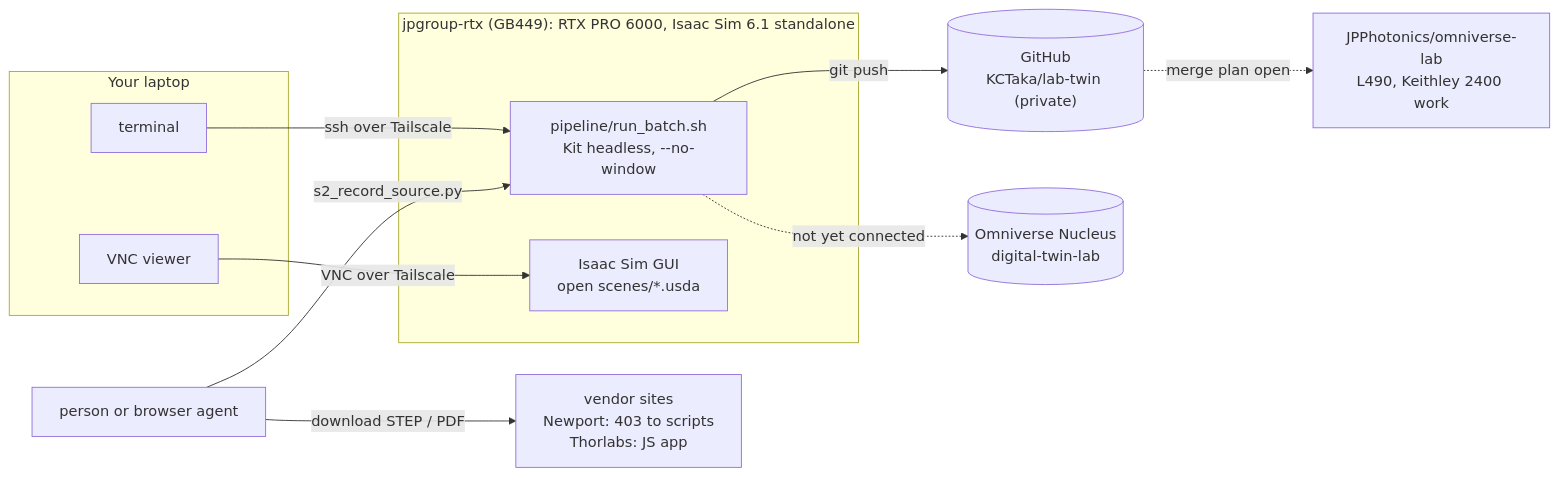
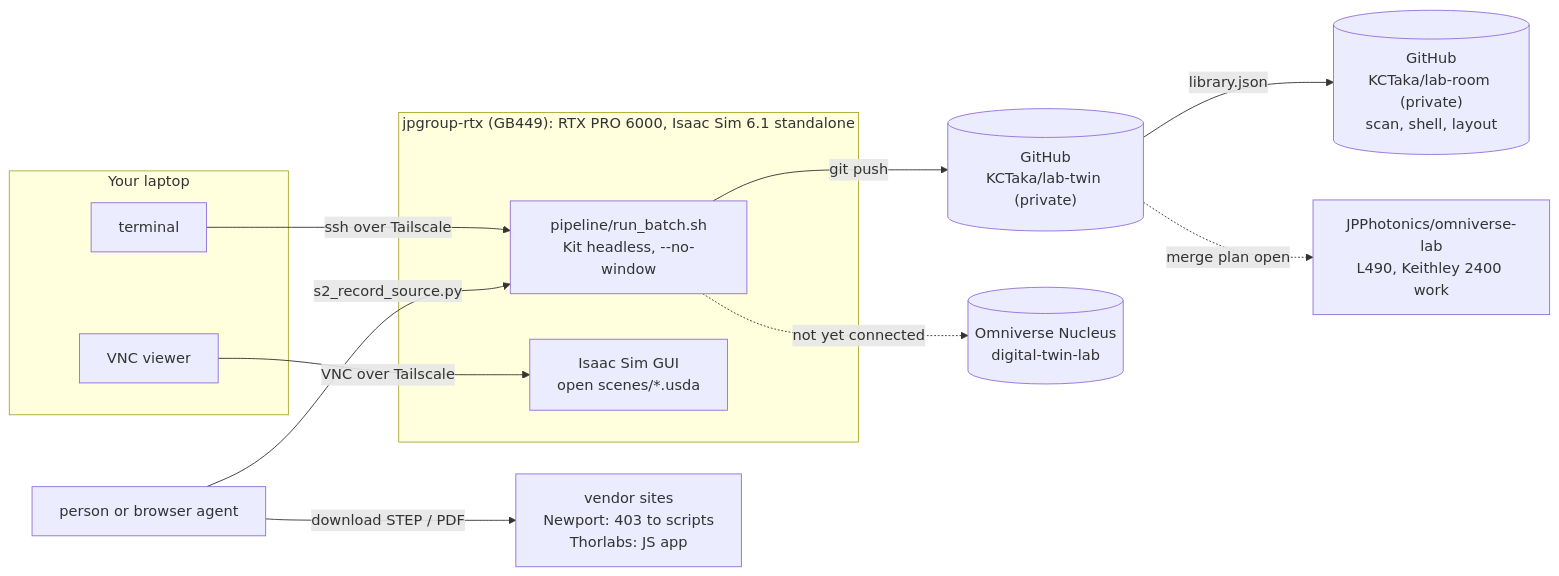
One commit to KCTaka/lab-twin changed the eighth of 9 diagrams in docs/ARCHITECTURE.md. Above: the diagram before and after it, drawn with Mermaid. The commit also changed other lines of this file and 10 other files, not shown here.

````diff
--- a/docs/ARCHITECTURE.md
+++ b/docs/ARCHITECTURE.md
@@ -222,18 +222,19 @@
 ```mermaid
 flowchart LR
     subgraph laptop["Your laptop"]
         term["terminal"]
         vnc["VNC viewer"]
     end
     subgraph rtx["jpgroup-rtx (GB449): RTX PRO 6000, Isaac Sim 6.1 standalone"]
         batch["pipeline/run_batch.sh<br/>Kit headless, --no-window"]
         gui["Isaac Sim GUI<br/>open scenes/*.usda"]
     end
     term -->|"ssh over Tailscale"| batch
     vnc -->|"VNC over Tailscale"| gui
     person["person or browser agent"] -->|"download STEP / PDF"| vendors["vendor sites<br/>Newport: 403 to scripts<br/>Thorlabs: JS app"]
     person -->|"s2_record_source.py"| batch
     batch -->|"git push"| gh[("GitHub<br/>KCTaka/lab-twin (private)")]
     batch -.->|"not yet connected"| nucleus[("Omniverse Nucleus<br/>digital-twin-lab")]
+    gh -->|"library.json"| lr[("GitHub<br/>KCTaka/lab-room (private)<br/>scan, shell, layout")]
     gh -.->|"merge plan open"| ovl["JPPhotonics/omniverse-lab<br/>L490, Keithley 2400 work"]
 ```
````
